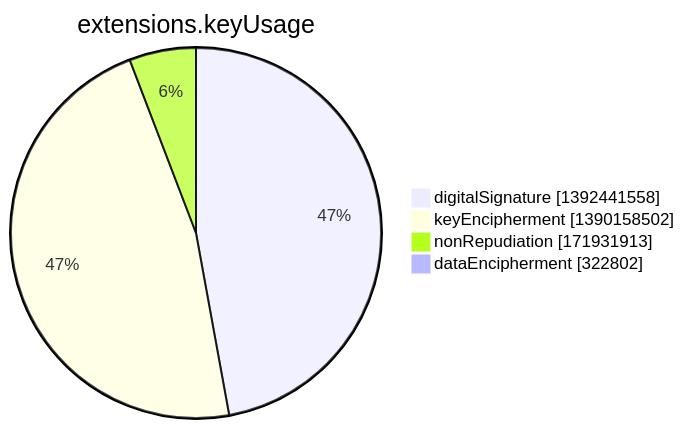
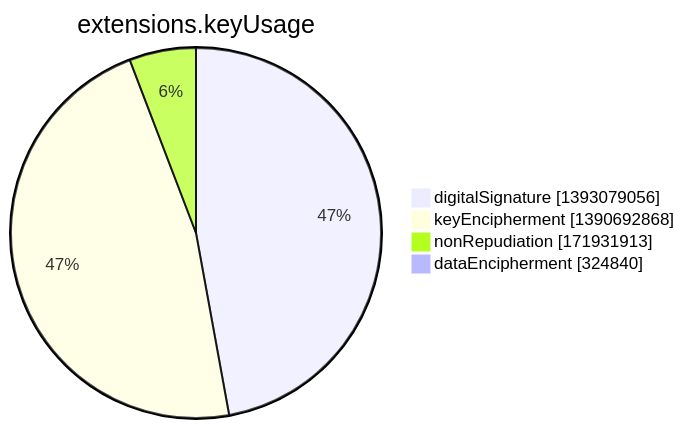
The seventh of 15 diagrams in argon2022/README.md (christiankrug/ctmonitor_visualization), drawn with Mermaid before and after one commit. The commit also changed other lines of this file, not shown here.

````diff
--- a/argon2022/README.md
+++ b/argon2022/README.md
@@ -2751,8 +2751,8 @@
 ```mermaid
 pie showData
 title extensions.keyUsage
-"digitalSignature" :1392441558
-"keyEncipherment" :1390158502
+"digitalSignature" :1393079056
+"keyEncipherment" :1390692868
 "nonRepudiation" :171931913
-"dataEncipherment" :322802
+"dataEncipherment" :324840
 ```
````
